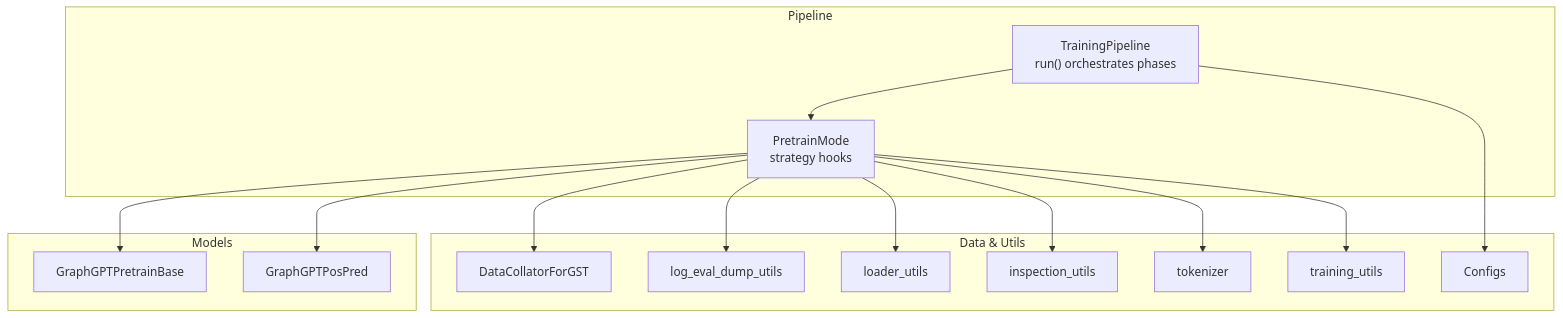
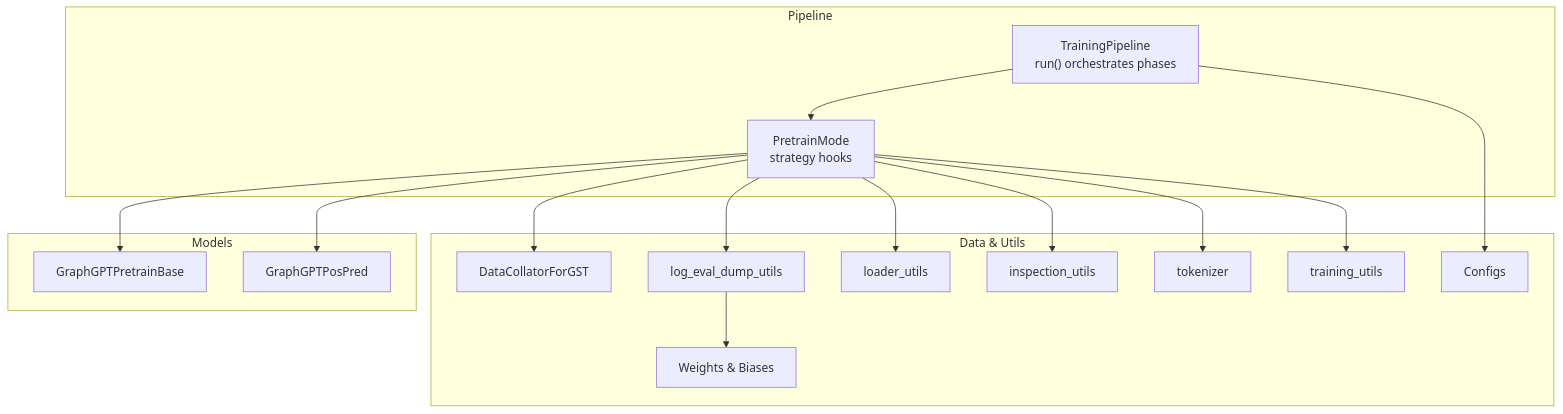
The first of 11 diagrams in .qoder/repowiki/en/content/Training Pipeline/Training Modes Strategy/Pre-training Mode.md (alibaba/graph-gpt), drawn with Mermaid before and after one commit. The commit also changed other lines of this file and 7 other files, not shown here.

````diff
--- a/.qoder/repowiki/en/content/Training Pipeline/Training Modes Strategy/Pre-training Mode.md
+++ b/.qoder/repowiki/en/content/Training Pipeline/Training Modes Strategy/Pre-training Mode.md
@@ -65,30 +65,32 @@
 ```mermaid
 graph TB
 subgraph "Pipeline"
 TP["TrainingPipeline<br/>run() orchestrates phases"]
 PM["PretrainMode<br/>strategy hooks"]
 end
 subgraph "Models"
 MB["GraphGPTPretrainBase"]
 MP["GraphGPTPosPred"]
 end
 subgraph "Data & Utils"
 Coll["DataCollatorForGST"]
 Eval["log_eval_dump_utils"]
 Load["loader_utils"]
 Inspection["inspection_utils"]
 Tokenizer["tokenizer"]
 TrainingUtils["training_utils"]
 Cfg["Configs"]
+Wandb["Weights & Biases"]
 end
 TP --> PM
 PM --> MB
 PM --> MP
 PM --> Coll
 PM --> Eval
 PM --> Load
 PM --> Inspection
 PM --> Tokenizer
 PM --> TrainingUtils
 TP --> Cfg
+Eval --> Wandb
 ```
````
